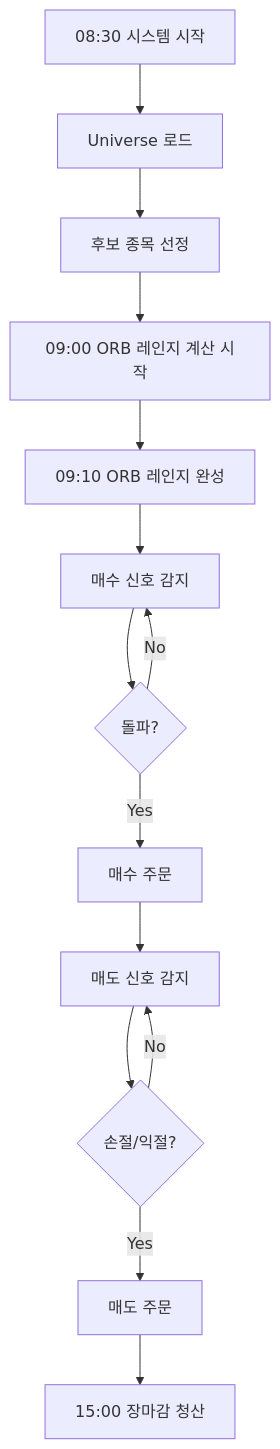
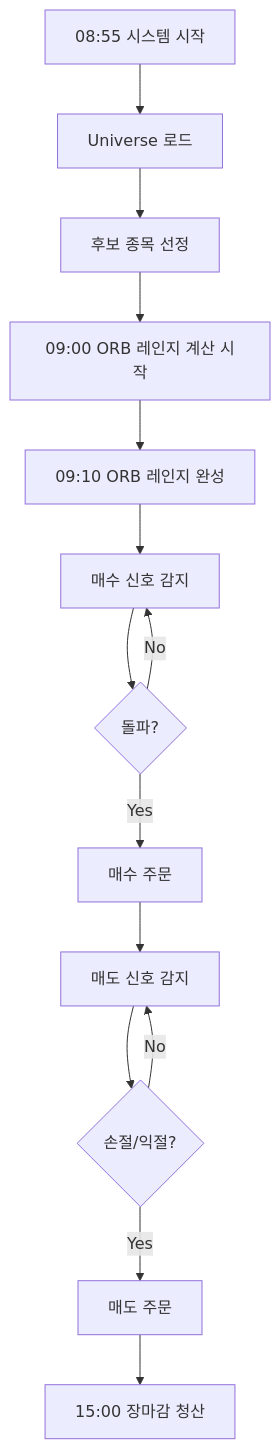
The diagram in docs/orb_strategy_guide.md (tgparkk/RoboTrader_ORB), drawn with Mermaid before and after one commit. The commit also changed other lines of this file and 3 other files, not shown here.

````diff
--- a/docs/orb_strategy_guide.md
+++ b/docs/orb_strategy_guide.md
@@ -229,16 +229,16 @@
 ```mermaid
 graph TD
-    A[08:30 시스템 시작] --> B[Universe 로드]
+    A[08:55 시스템 시작] --> B[Universe 로드]
     B --> C[후보 종목 선정]
     C --> D[09:00 ORB 레인지 계산 시작]
     D --> E[09:10 ORB 레인지 완성]
     E --> F[매수 신호 감지]
     F --> G{돌파?}
     G -->|Yes| H[매수 주문]
     G -->|No| F
     H --> I[매도 신호 감지]
     I --> J{손절/익절?}
     J -->|Yes| K[매도 주문]
     J -->|No| I
     K --> L[15:00 장마감 청산]
 ```
````
